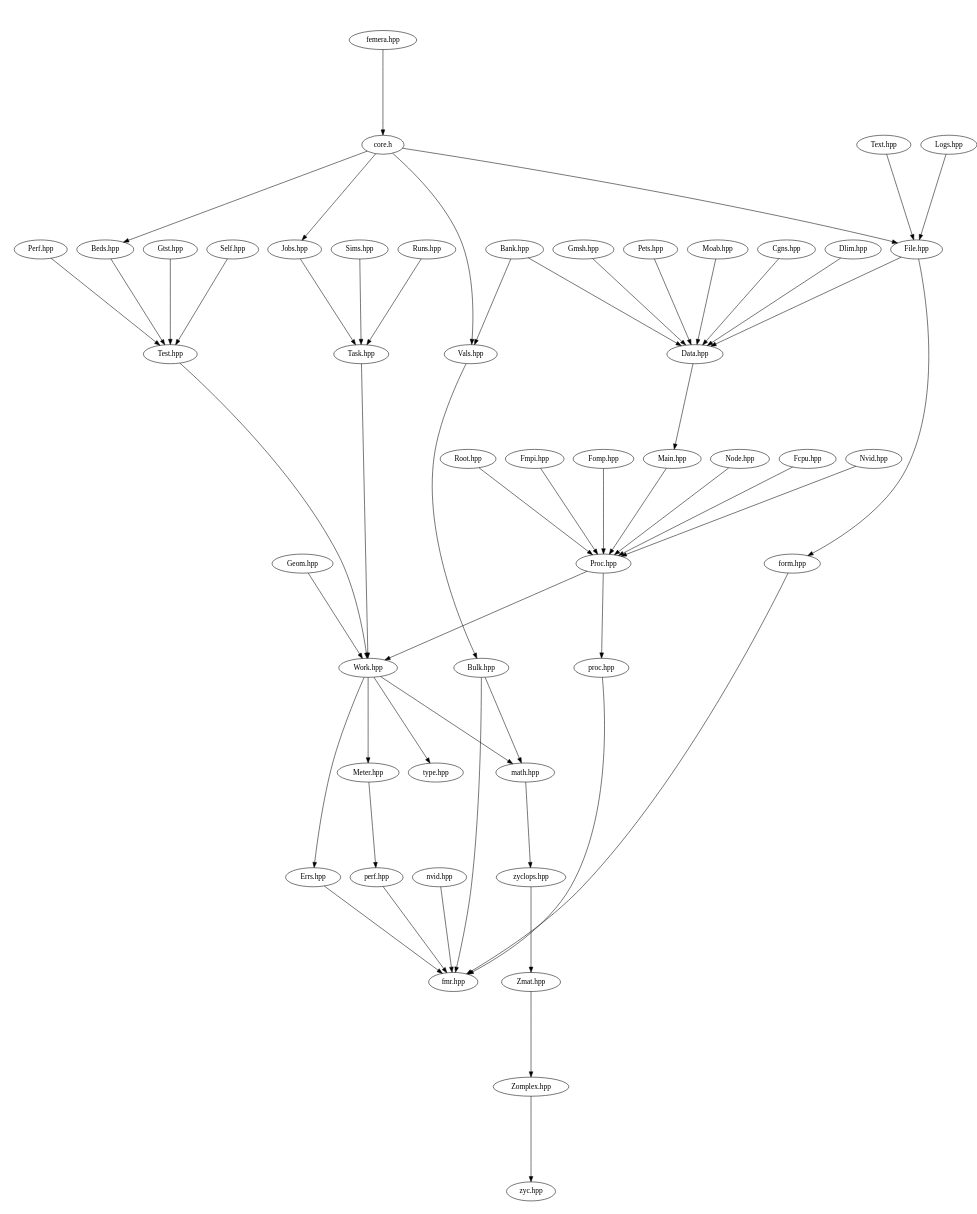
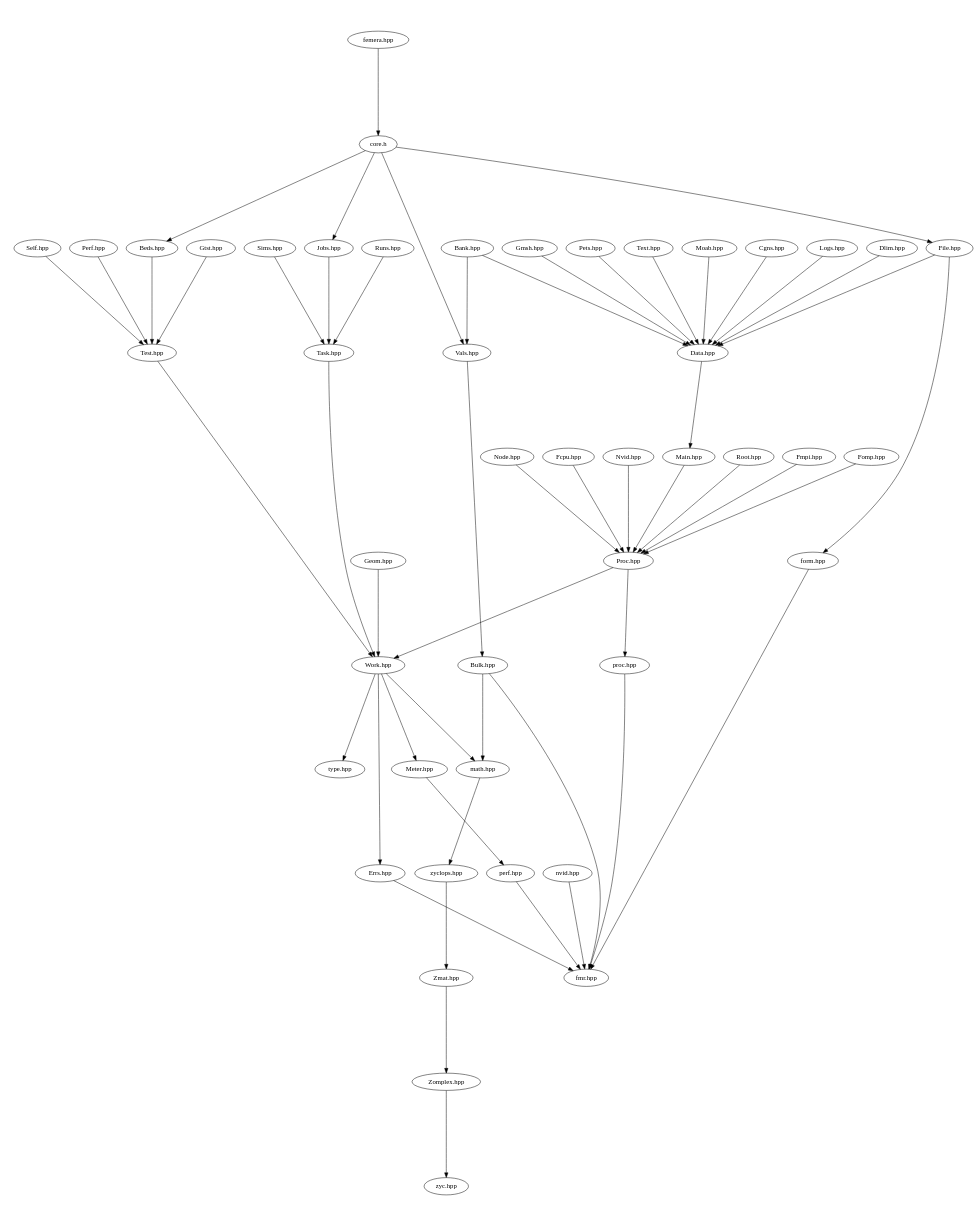
One commit to waggyz/femera-mini-app changed the diagram in src/docs/src-headers.dot. Above: the diagram before and after it, drawn with Graphviz. The commit also changed 10 other files, not shown here.

```diff
--- a/src/docs/src-headers.dot
+++ b/src/docs/src-headers.dot
@@ -1,61 +1,61 @@
 digraph "source tree" {
     overlap=scale;
     size="8,10";
     ratio="fill";
     fontsize="16";
     fontname="Helvetica";
 	clusterrank="local";
 	"Zmat.hpp" -> "Zomplex.hpp"
 	"Meter.hpp" -> "perf.hpp"
 	"Work.hpp" -> "Errs.hpp"
 	"Proc.hpp" -> "proc.hpp"
 	"Nvid.hpp" -> "Proc.hpp"
 	"Root.hpp" -> "Proc.hpp"
 	"Perf.hpp" -> "Test.hpp"
 	"nvid.hpp" -> "fmr.hpp"
 	"perf.hpp" -> "fmr.hpp"
 	"Work.hpp" -> "math.hpp"
 	"Bulk.hpp" -> "math.hpp"
 	"Fmpi.hpp" -> "Proc.hpp"
 	"Test.hpp" -> "Work.hpp"
 	"Fomp.hpp" -> "Proc.hpp"
 	"Data.hpp" -> "Main.hpp"
 	"zyclops.hpp" -> "Zmat.hpp"
 	"core.h" -> "Beds.hpp"
 	"Errs.hpp" -> "fmr.hpp"
 	"Task.hpp" -> "Work.hpp"
 	"Gmsh.hpp" -> "Data.hpp"
 	"Node.hpp" -> "Proc.hpp"
 	"Geom.hpp" -> "Work.hpp"
 	"File.hpp" -> "Data.hpp"
 	"Vals.hpp" -> "Bulk.hpp"
 	"core.h" -> "Vals.hpp"
 	"Beds.hpp" -> "Test.hpp"
 	"form.hpp" -> "fmr.hpp"
 	"Gtst.hpp" -> "Test.hpp"
 	"Work.hpp" -> "Meter.hpp"
 	"Runs.hpp" -> "Task.hpp"
-	"Text.hpp" -> "File.hpp"
 	"proc.hpp" -> "fmr.hpp"
 	"math.hpp" -> "zyclops.hpp"
 	"Pets.hpp" -> "Data.hpp"
+	"Text.hpp" -> "Data.hpp"
 	"Work.hpp" -> "type.hpp"
 	"Fcpu.hpp" -> "Proc.hpp"
 	"Moab.hpp" -> "Data.hpp"
 	"Cgns.hpp" -> "Data.hpp"
 	"core.h" -> "File.hpp"
+	"Logs.hpp" -> "Data.hpp"
 	"Bulk.hpp" -> "fmr.hpp"
 	"Self.hpp" -> "Test.hpp"
 	"core.h" -> "Jobs.hpp"
 	"Bank.hpp" -> "Vals.hpp"
 	"Zomplex.hpp" -> "zyc.hpp"
-	"Logs.hpp" -> "File.hpp"
 	"Proc.hpp" -> "Work.hpp"
 	"File.hpp" -> "form.hpp"
 	"Sims.hpp" -> "Task.hpp"
 	"femera.hpp" -> "core.h"
 	"Bank.hpp" -> "Data.hpp"
 	"Dlim.hpp" -> "Data.hpp"
 	"Main.hpp" -> "Proc.hpp"
 	"Jobs.hpp" -> "Task.hpp"
 }
```
